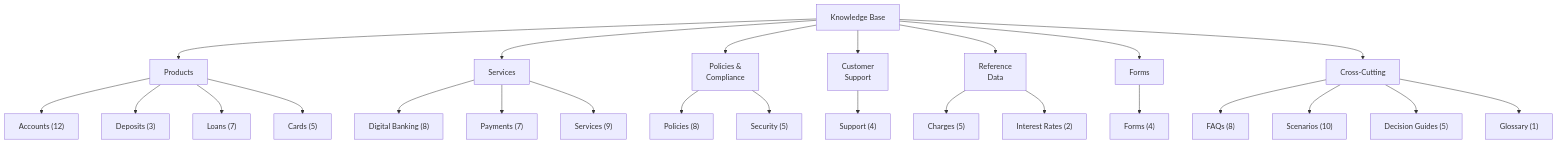
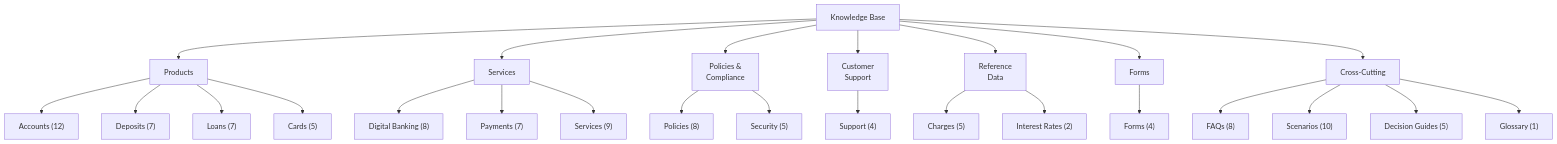
The diagram in knowledge-base/metadata/master-knowledge-map.md (AdithyaGopakumar/Advanced-RAG-Banking), drawn with Mermaid before and after one commit. The commit also changed other lines of this file and 9 other files, not shown here.

````diff
--- a/knowledge-base/metadata/master-knowledge-map.md
+++ b/knowledge-base/metadata/master-knowledge-map.md
@@ -9,36 +9,36 @@
 ```mermaid
 flowchart TD
     KB["Knowledge Base"]
     
     KB --> D1["Products"]
     KB --> D2["Services"]
     KB --> D3["Policies &<br/>Compliance"]
     KB --> D4["Customer<br/>Support"]
     KB --> D5["Reference<br/>Data"]
     KB --> D6["Forms"]
     KB --> D7["Cross-Cutting"]
     
     D1 --> ACCT["Accounts (12)"]
-    D1 --> DEP["Deposits (3)"]
+    D1 --> DEP["Deposits (7)"]
     D1 --> LOAN["Loans (7)"]
     D1 --> CARD["Cards (5)"]
     
     D2 --> DIGI["Digital Banking (8)"]
     D2 --> PAY["Payments (7)"]
     D2 --> SVC["Services (9)"]
     
     D3 --> POL["Policies (8)"]
     D3 --> SEC["Security (5)"]
     
     D4 --> SUP["Support (4)"]
     
     D5 --> CHG["Charges (5)"]
     D5 --> RATE["Interest Rates (2)"]
     
     D6 --> FORM["Forms (4)"]
     
     D7 --> FAQ["FAQs (8)"]
     D7 --> SCEN["Scenarios (10)"]
     D7 --> GUIDE["Decision Guides (5)"]
     D7 --> GLOSS["Glossary (1)"]
 ```
````
